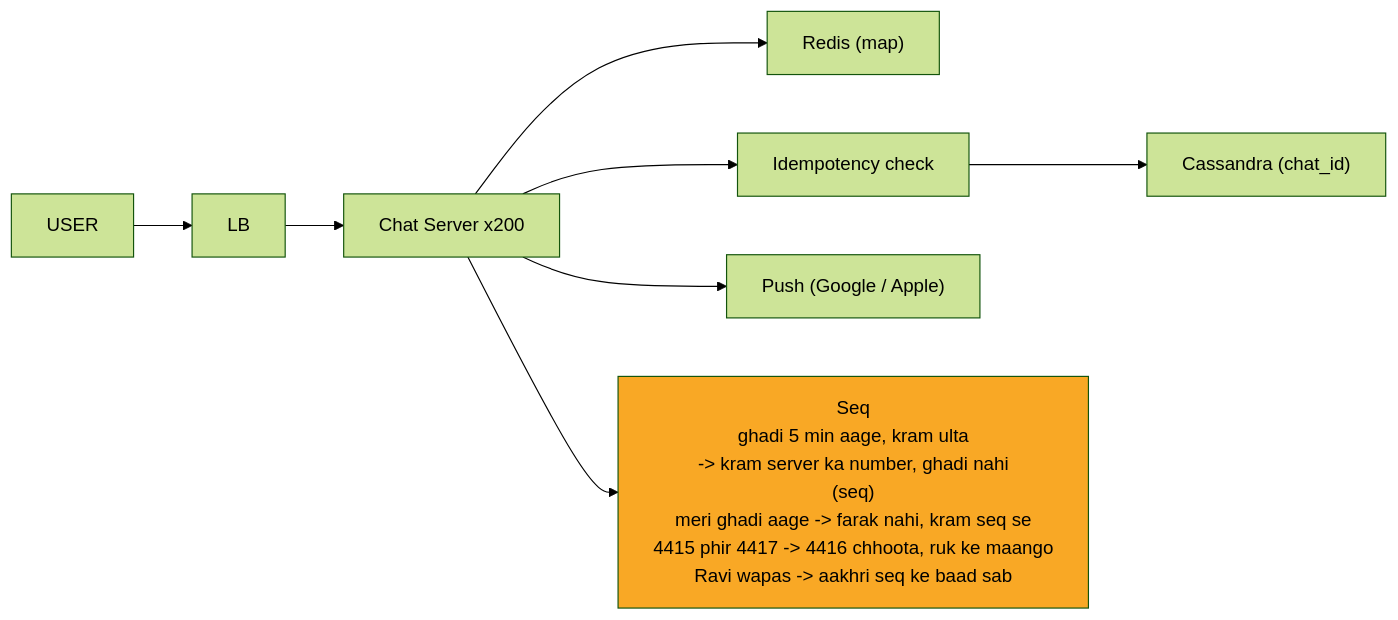
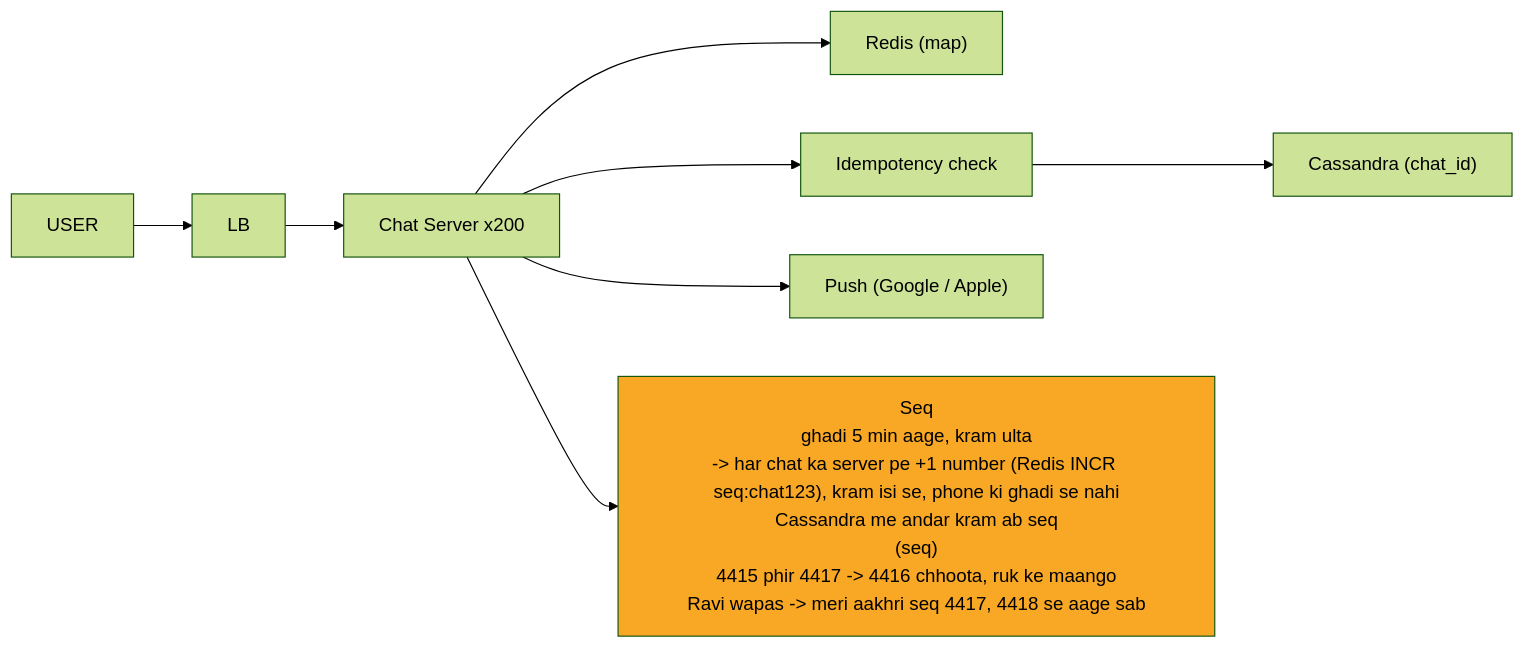
The seventh of 12 diagrams in 04_HLD/SYSTEM_DESIGNS/14_chat_messaging/14_chat_messaging.md (ArpanMaheshwari144/Prep), drawn with Mermaid (forest theme) before and after one commit. The commit also changed other lines of this file and 13 other files, not shown here.

````diff
--- a/04_HLD/SYSTEM_DESIGNS/14_chat_messaging/14_chat_messaging.md
+++ b/04_HLD/SYSTEM_DESIGNS/14_chat_messaging/14_chat_messaging.md
@@ -299,20 +301,20 @@
 ```mermaid
 %%{init: {"flowchart": {"wrappingWidth": 450}}}%%
 flowchart LR
     n_U["USER"]
     n_LB["LB"]
     n_CS["Chat Server x200"]
     n_R["Redis (map)"]
     n_I["Idempotency check"]
     n_CA["Cassandra (chat_id)"]
     n_P["Push (Google / Apple)"]
-    n_SQ["Seq<br/>ghadi 5 min aage, kram ulta<br/>-> kram server ka number, ghadi nahi<br/>(seq)<br/>meri ghadi aage -> farak nahi, kram seq se<br/>4415 phir 4417 -> 4416 chhoota, ruk ke maango<br/>Ravi wapas -> aakhri seq ke baad sab"]
+    n_SQ["Seq<br/>ghadi 5 min aage, kram ulta<br/>-> har chat ka server pe +1 number (Redis INCR seq:chat123), kram isi se, phone ki ghadi se nahi<br/>Cassandra me andar kram ab seq<br/>(seq)<br/>4415 phir 4417 -> 4416 chhoota, ruk ke maango<br/>Ravi wapas -> meri aakhri seq 4417, 4418 se aage sab"]
     n_U --> n_LB
     n_LB --> n_CS
     n_CS --> n_R
     n_CS --> n_I
     n_I --> n_CA
     n_CS --> n_P
     n_CS --> n_SQ
     style n_SQ fill:#f9a825,color:#000
 ```
````
